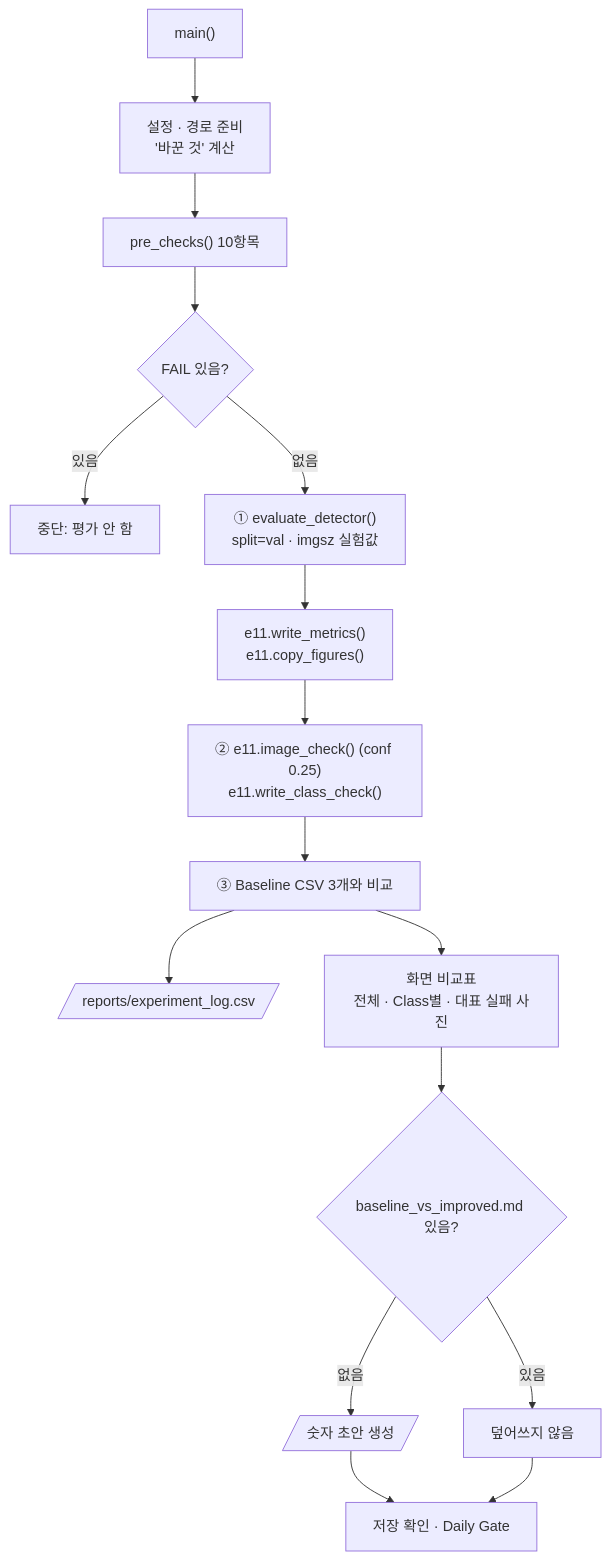
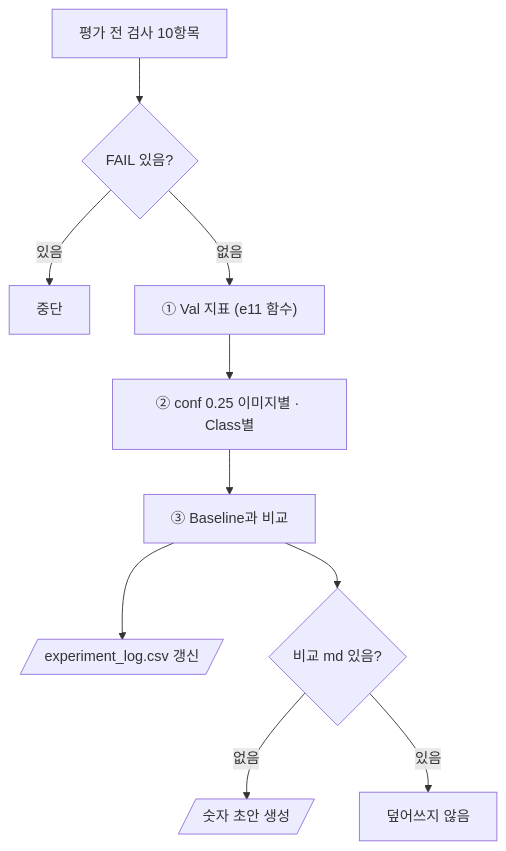
The diagram in prj08/docs/code_review/scripts/15_evaluate_experiment.md (howolcat/prj2026.10), drawn with Mermaid before and after one commit. The commit also changed other lines of this file and 25 other files, not shown here.

````diff
--- a/prj08/docs/code_review/scripts/15_evaluate_experiment.md
+++ b/prj08/docs/code_review/scripts/15_evaluate_experiment.md
@@ -47,18 +35,12 @@
 ```mermaid
 flowchart TD
-    A["main()"] --> B["설정 · 경로 준비<br/>'바꾼 것' 계산"]
-    B --> C["pre_checks() 10항목"]
-    C --> D{"FAIL 있음?"}
-    D -->|있음| X["중단: 평가 안 함"]
-    D -->|없음| E["① evaluate_detector()<br/>split=val · imgsz 실험값"]
-    E --> F["e11.write_metrics()<br/>e11.copy_figures()"]
-    F --> G["② e11.image_check() (conf 0.25)<br/>e11.write_class_check()"]
-    G --> H["③ Baseline CSV 3개와 비교"]
-    H --> I[/"reports/experiment_log.csv"/]
-    H --> J["화면 비교표<br/>전체 · Class별 · 대표 실패 사진"]
-    J --> K{"baseline_vs_improved.md 있음?"}
-    K -->|없음| L[/"숫자 초안 생성"/]
-    K -->|있음| M["덮어쓰지 않음"]
-    L --> N["저장 확인 · Daily Gate"]
-    M --> N
+    A["평가 전 검사 10항목"] --> B{"FAIL 있음?"}
+    B -->|있음| X["중단"]
+    B -->|없음| C["① Val 지표 (e11 함수)"]
+    C --> D["② conf 0.25 이미지별 · Class별"]
+    D --> E["③ Baseline과 비교"]
+    E --> F[/"experiment_log.csv 갱신"/]
+    E --> G{"비교 md 있음?"}
+    G -->|없음| H[/"숫자 초안 생성"/]
+    G -->|있음| I["덮어쓰지 않음"]
 ```
````
